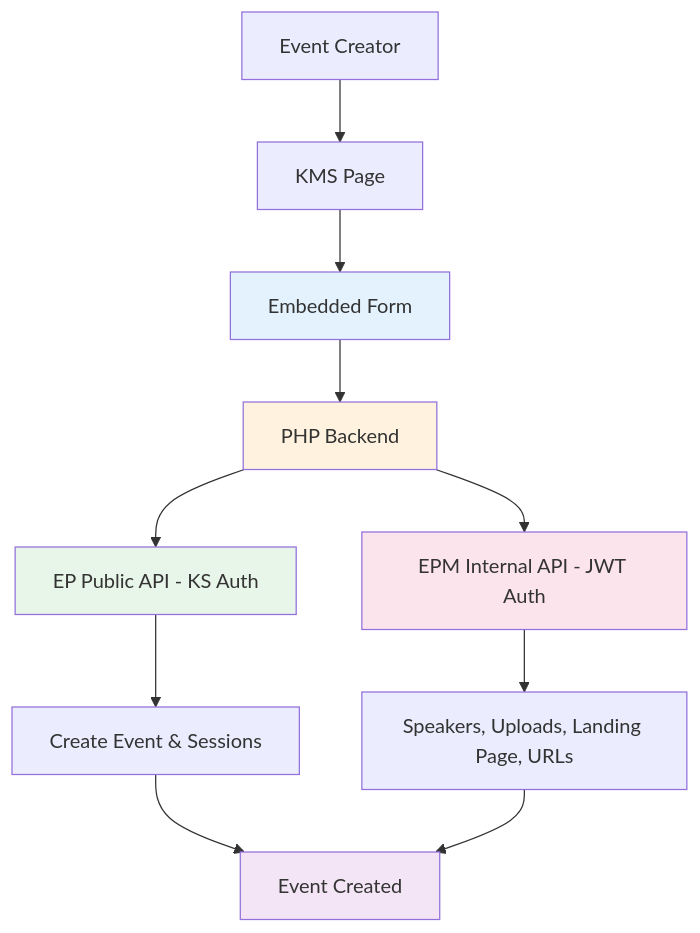
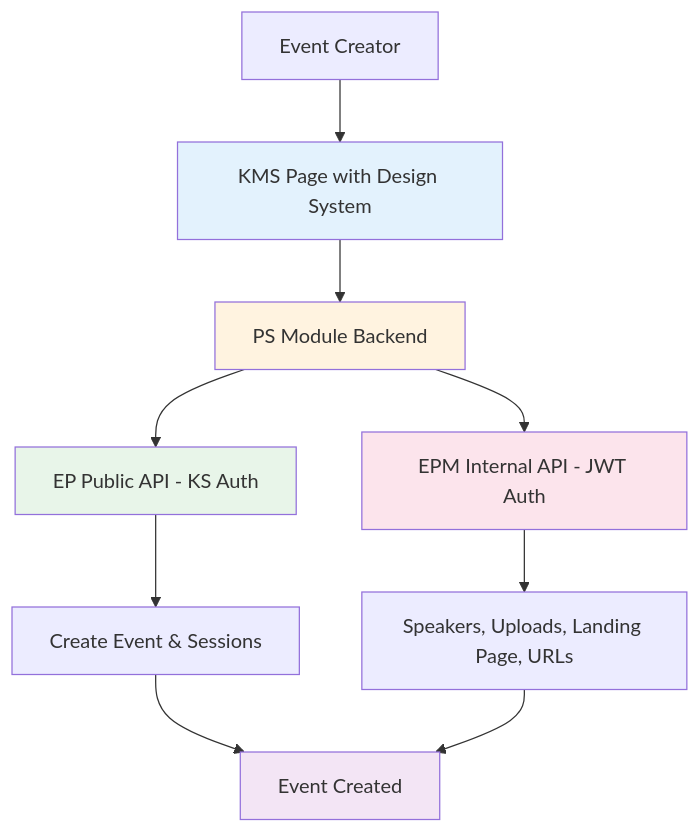
One commit to Tomcohen514/abm-in-a-box changed the first of 3 diagrams in README.md. Above: the diagram before and after it, drawn with Mermaid. The commit also changed other lines of this file, not shown here.

First line of the commit message:
Update architecture: clarify KMS page + PS module

````diff
--- a/README.md
+++ b/README.md
@@ -69,21 +72,20 @@
 ```mermaid
 graph TB
-    User[Event Creator] --> KMS[KMS Page]
-    KMS --> Form[Embedded Form]
-    Form --> Backend[PHP Backend]
+    User[Event Creator] --> KMS[KMS Page with Design System]
+    KMS --> PSModule[PS Module Backend]
 
-    Backend --> EPAPI[EP Public API - KS Auth]
-    Backend --> EPMAPI[EPM Internal API - JWT Auth]
+    PSModule --> EPAPI[EP Public API - KS Auth]
+    PSModule --> EPMAPI[EPM Internal API - JWT Auth]
 
     EPAPI --> Events[Create Event & Sessions]
     EPMAPI --> Features[Speakers, Uploads, Landing Page, URLs]
 
     Events --> Output[Event Created]
     Features --> Output
 
-    style Form fill:#e3f2fd
-    style Backend fill:#fff3e0
+    style KMS fill:#e3f2fd
+    style PSModule fill:#fff3e0
     style EPAPI fill:#e8f5e9
     style EPMAPI fill:#fce4ec
     style Output fill:#f3e5f5
 ```
````
